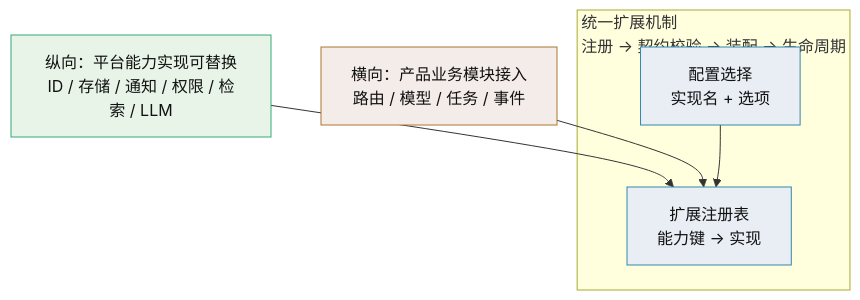
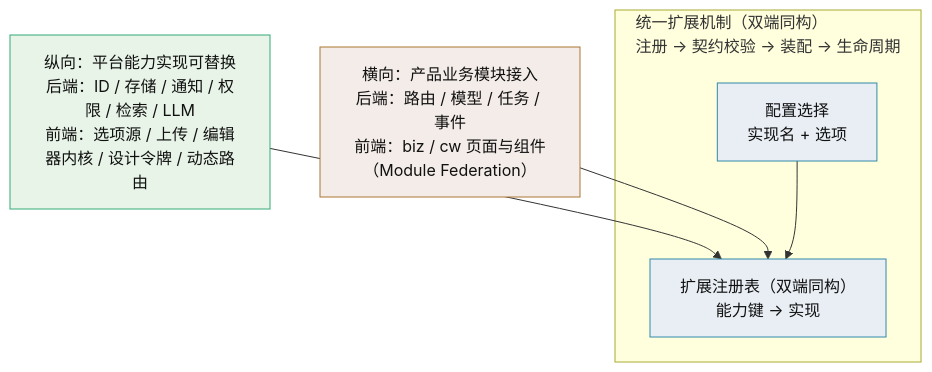
The first of 5 diagrams in bms文档/设计/架构设计/10_架构设计_子系统_扩展点与插件化.md (minjian123/basic-management-system), drawn with Mermaid before and after one commit. The commit also changed other lines of this file and 108 other files, not shown here.

````diff
--- a/bms文档/设计/架构设计/10_架构设计_子系统_扩展点与插件化.md
+++ b/bms文档/设计/架构设计/10_架构设计_子系统_扩展点与插件化.md
@@ -19,13 +19,13 @@
 ```mermaid
 flowchart TB
-    subgraph M["统一扩展机制<br/>注册 → 契约校验 → 装配 → 生命周期"]
-        REG["扩展注册表<br/>能力键 → 实现"]:::k
+    subgraph M["统一扩展机制（双端同构）<br/>注册 → 契约校验 → 装配 → 生命周期"]
+        REG["扩展注册表（双端同构）<br/>能力键 → 实现"]:::k
         CFG["配置选择<br/>实现名 + 选项"]:::k
     end
-    V["纵向：平台能力实现可替换<br/>ID / 存储 / 通知 / 权限 / 检索 / LLM"]:::v --> REG
-    H["横向：产品业务模块接入<br/>路由 / 模型 / 任务 / 事件"]:::h --> REG
+    V["纵向：平台能力实现可替换<br/>后端：ID / 存储 / 通知 / 权限 / 检索 / LLM<br/>前端：选项源 / 上传 / 编辑器内核 / 设计令牌 / 动态路由"]:::v --> REG
+    H["横向：产品业务模块接入<br/>后端：路由 / 模型 / 任务 / 事件<br/>前端：biz / cw 页面与组件（Module Federation）"]:::h --> REG
     CFG --> REG
     classDef k fill:#e8eef4,stroke:#38a,color:#111
     classDef v fill:#e8f4e8,stroke:#3a7,color:#111
     classDef h fill:#f4ece8,stroke:#a73,color:#111
 ```
````
